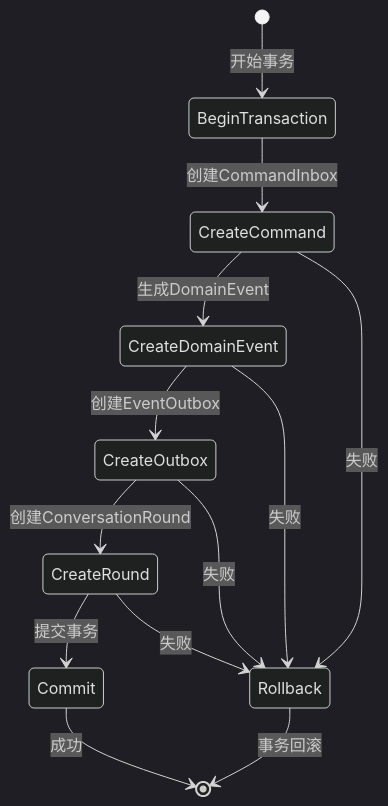
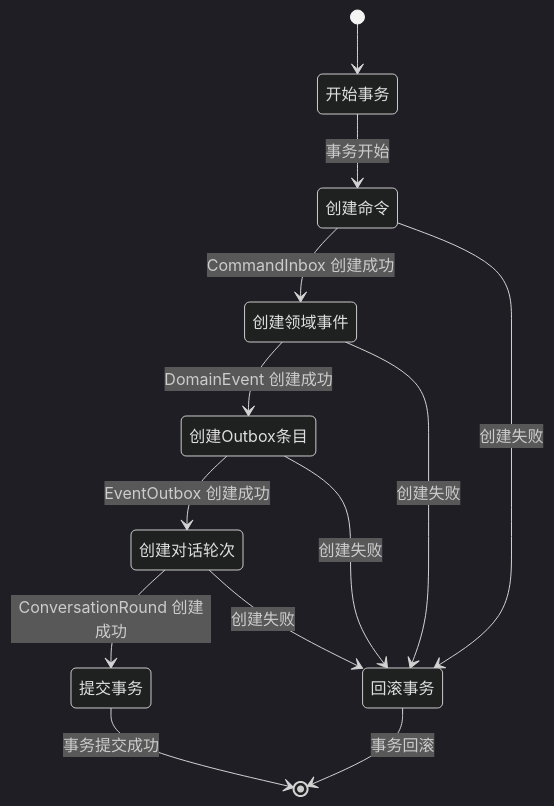
The third of 9 diagrams in apps/backend/src/common/services/conversation/README.md (zhiyue/infinite-scribe), drawn with Mermaid (dark theme) before and after one commit. The commit also changed other lines of this file and 1 other file, not shown here.

````diff
--- a/apps/backend/src/common/services/conversation/README.md
+++ b/apps/backend/src/common/services/conversation/README.md
@@ -125,15 +131,16 @@
 ```mermaid
 stateDiagram-v2
-    [*] --> BeginTransaction: 开始事务
-    BeginTransaction --> CreateCommand: 创建CommandInbox
-    CreateCommand --> CreateDomainEvent: 生成DomainEvent
-    CreateDomainEvent --> CreateOutbox: 创建EventOutbox
-    CreateOutbox --> CreateRound: 创建ConversationRound
-    CreateRound --> Commit: 提交事务
-    Commit --> [*]: 成功
-    CreateCommand --> Rollback: 失败
-    CreateDomainEvent --> Rollback: 失败
-    CreateOutbox --> Rollback: 失败
-    CreateRound --> Rollback: 失败
-    Rollback --> [*]: 事务回滚
+    [*] --> 开始事务
+    开始事务 --> 创建命令: 事务开始
+    创建命令 --> 创建领域事件: CommandInbox 创建成功
+    创建领域事件 --> 创建Outbox条目: DomainEvent 创建成功
+    创建Outbox条目 --> 创建对话轮次: EventOutbox 创建成功
+    创建对话轮次 --> 提交事务: ConversationRound 创建成功
+    提交事务 --> [*]: 事务提交成功
+    
+    创建命令 --> 回滚事务: 创建失败
+    创建领域事件 --> 回滚事务: 创建失败
+    创建Outbox条目 --> 回滚事务: 创建失败
+    创建对话轮次 --> 回滚事务: 创建失败
+    回滚事务 --> [*]: 事务回滚
 ```
````
